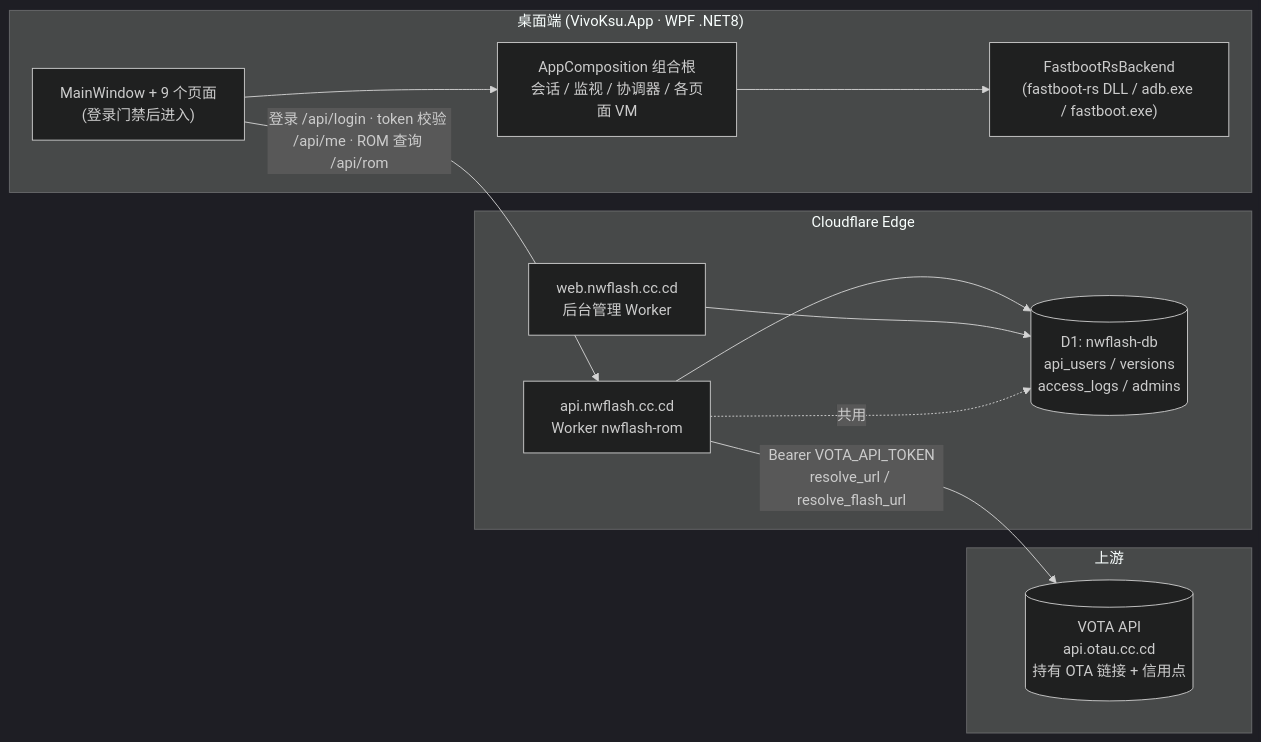
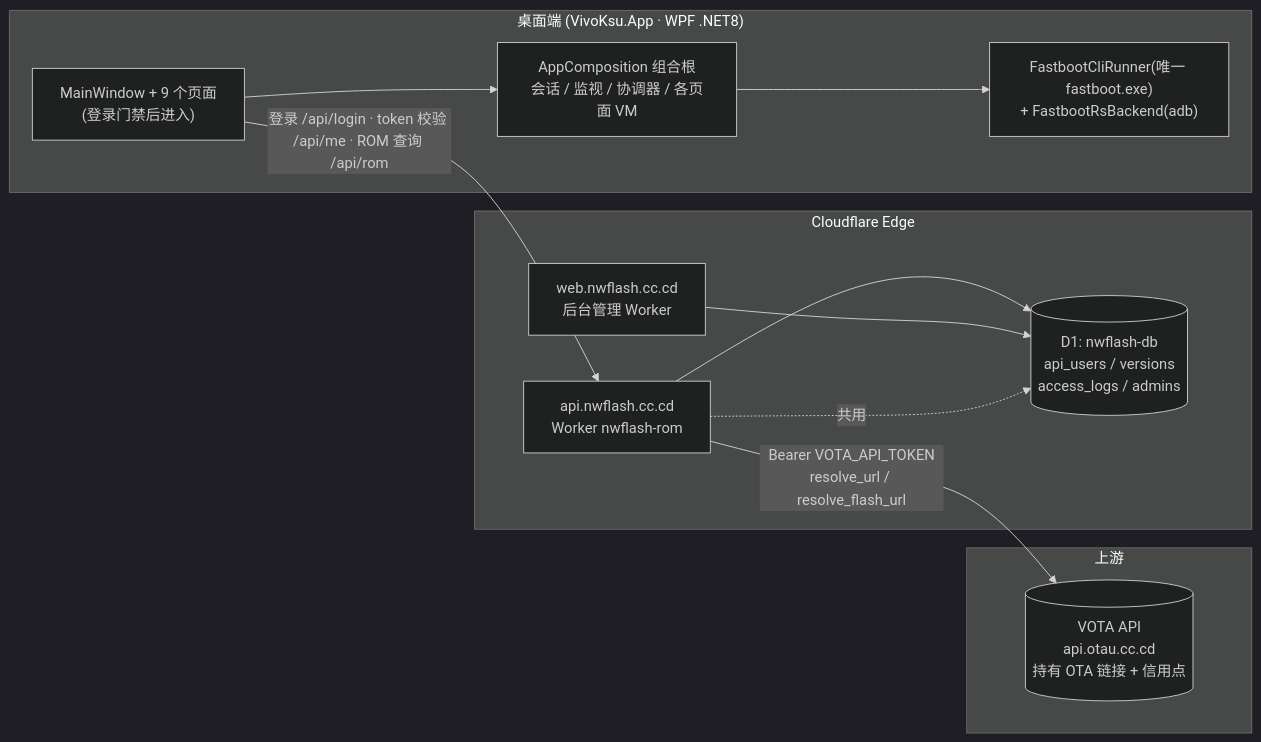
The first of 11 diagrams in docs/architecture.md (xxz13352/VivoKsu), drawn with Mermaid (dark theme) before and after one commit. The commit also changed other lines of this file and 36 other files, not shown here.

First line of the commit message:
refactor: 移除 fastboot-rs,统一唯一 fastboot.exe(带连续进度 + 可读错误)

````diff
--- a/docs/architecture.md
+++ b/docs/architecture.md
@@ -27,26 +27,26 @@
 ```mermaid
 flowchart LR
     subgraph Desktop["桌面端 (VivoKsu.App · WPF .NET8)"]
         UI["MainWindow + 9 个页面\n(登录门禁后进入)"]
         CORE["AppComposition 组合根\n会话 / 监视 / 协调器 / 各页面 VM"]
-        FB["FastbootRsBackend\n(fastboot-rs DLL / adb.exe / fastboot.exe)"]
+        FB["FastbootCliRunner(唯一 fastboot.exe)\n+ FastbootRsBackend(adb)"]
     end
 
     subgraph Cloudflare["Cloudflare Edge"]
         API["api.nwflash.cc.cd\nWorker nwflash-rom"]
         WEB["web.nwflash.cc.cd\n后台管理 Worker"]
         DB[("D1: nwflash-db\napi_users / versions\naccess_logs / admins")]
     end
 
     subgraph Upstream["上游"]
         VOTA[("VOTA API\napi.otau.cc.cd\n持有 OTA 链接 + 信用点")]
     end
 
     UI --> CORE
     CORE --> FB
     UI -->|"登录 /api/login · token 校验 /api/me · ROM 查询 /api/rom"| API
     API --> DB
     API -->|"Bearer VOTA_API_TOKEN\nresolve_url / resolve_flash_url"| VOTA
     WEB --> DB
     API -. 共用 .-> DB
 ```
````
